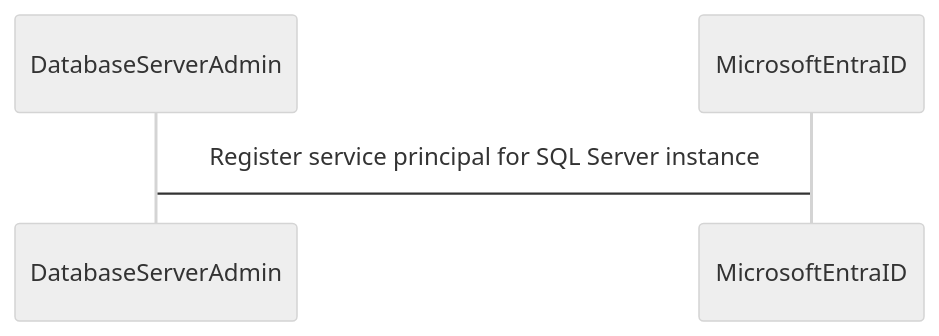
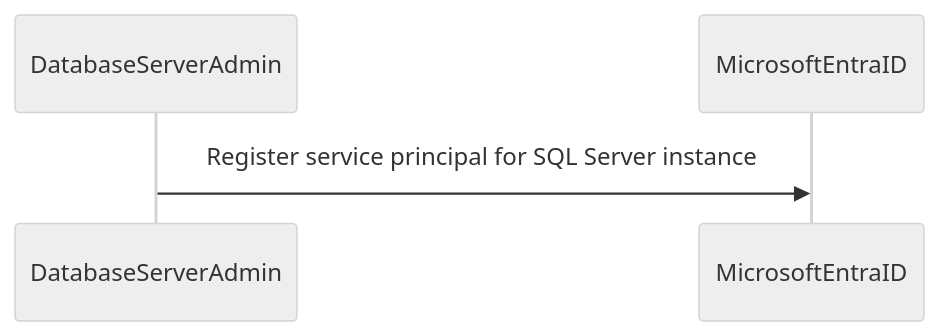
The diagram in README.md (sonnyayran/dac-mermaid), drawn with Mermaid (neutral theme) before and after one commit. The commit also changed other lines of this file, not shown here.

````diff
--- a/README.md
+++ b/README.md
@@ -47,7 +47,7 @@
 ```mermaid
 sequenceDiagram
     participant DatabaseServerAdmin
     participant MicrosoftEntraID
-    DatabaseServerAdmin->MicrosoftEntraID: Register service principal for SQL Server instance
+    DatabaseServerAdmin->>MicrosoftEntraID: Register service principal for SQL Server instance
 
 ```
````
